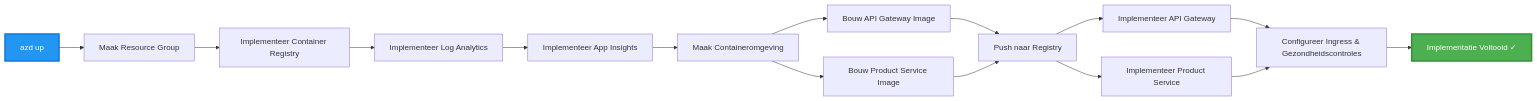
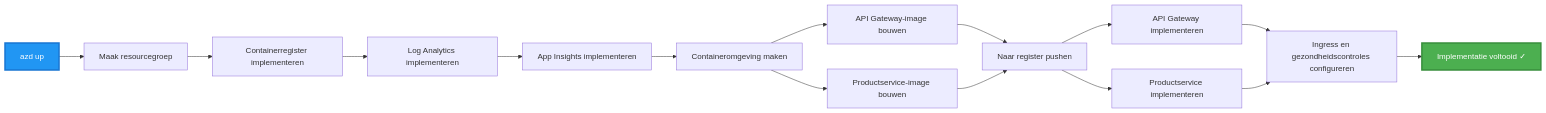
The third of 4 diagrams in translations/nl/examples/microservices/README.md (microsoft/AZD-for-beginners), drawn with Mermaid before and after one commit. The commit also changed other lines of this file and 242 other files, not shown here.

````diff
--- a/translations/nl/examples/microservices/README.md
+++ b/translations/nl/examples/microservices/README.md
@@ -242,20 +233,20 @@
 ```mermaid
 graph LR
-    A[azd up] --> B[Maak Resource Group]
-    B --> C[Implementeer Container Registry]
-    C --> D[Implementeer Log Analytics]
-    D --> E[Implementeer App Insights]
-    E --> F[Maak Containeromgeving]
-    F --> G[Bouw API Gateway Image]
-    F --> H[Bouw Product Service Image]
-    G --> I[Push naar Registry]
+    A[azd up] --> B[Maak resourcegroep]
+    B --> C[Containerregister implementeren]
+    C --> D[Log Analytics implementeren]
+    D --> E[App Insights implementeren]
+    E --> F[Containeromgeving maken]
+    F --> G[API Gateway-image bouwen]
+    F --> H[Productservice-image bouwen]
+    G --> I[Naar register pushen]
     H --> I
-    I --> J[Implementeer API Gateway]
-    I --> K[Implementeer Product Service]
-    J --> L[Configureer Ingress & Gezondheidscontroles]
+    I --> J[API Gateway implementeren]
+    I --> K[Productservice implementeren]
+    J --> L[Ingress en gezondheidscontroles configureren]
     K --> L
-    L --> M[Implementatie Voltooid ✓]
+    L --> M[Implementatie voltooid ✓]
     
     style A fill:#2196F3,stroke:#1976D2,stroke-width:3px,color:#fff
     style M fill:#4CAF50,stroke:#388E3C,stroke-width:3px,color:#fff
 ```
````
